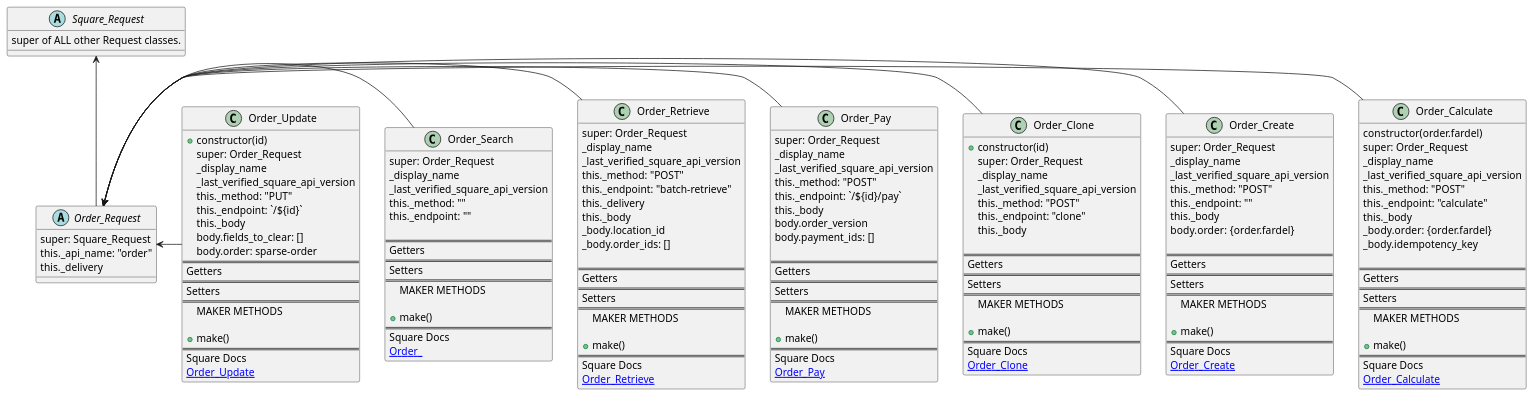
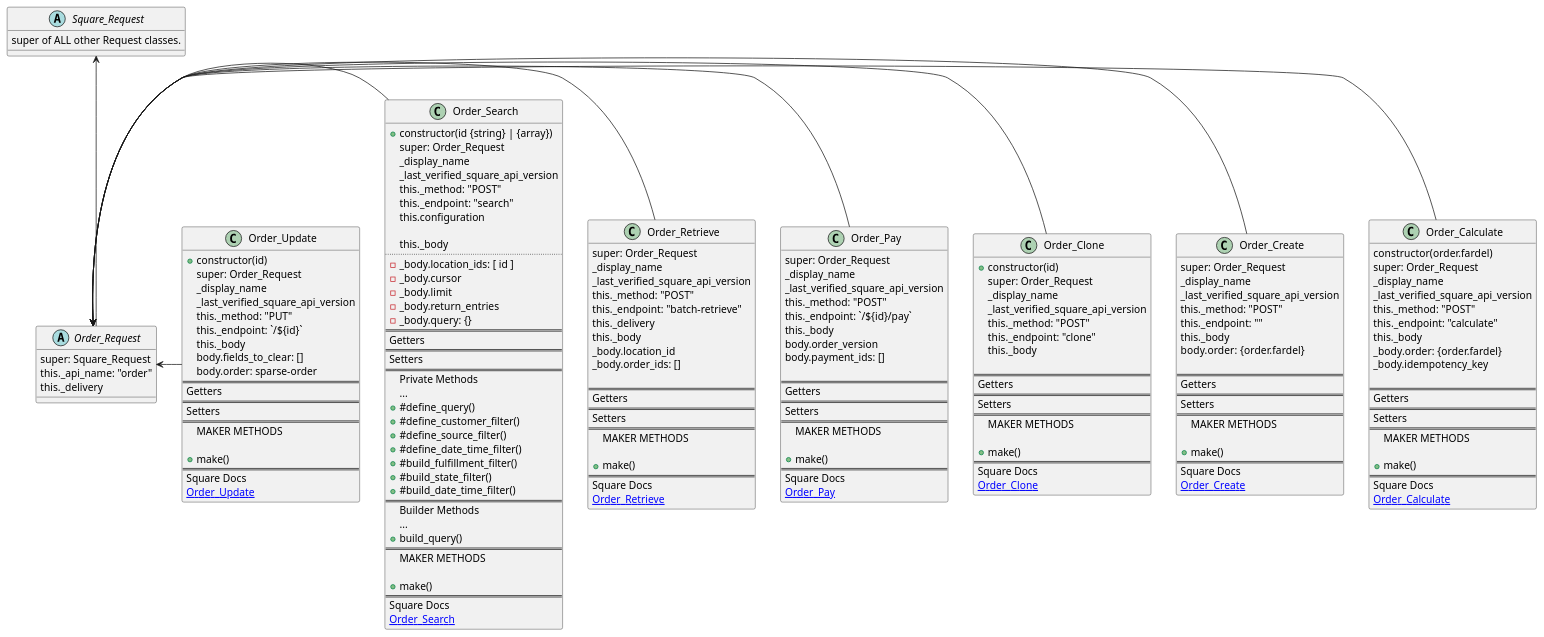
One commit to TwoFistedJustice/square-pie changed the diagram in docs/uml/stub.pie_order_requests.puml. Above: the diagram before and after it, drawn with PlantUML. The commit also changed 1 other file, not shown here.

Commit message:
docs: flesh out Order_Search diagram

```diff
--- a/docs/uml/stub.pie_order_requests.puml
+++ b/docs/uml/stub.pie_order_requests.puml
@@ -135,23 +135,46 @@
 [[https://developer.squareup.com/reference/square/orders-api/retrieve-order Order_Retrieve ]]
 }
 class Order_Search  {
++constructor(id {string} | {array})
 super: Order_Request
 _display_name
 _last_verified_square_api_version
-this._method: ""
-this._endpoint: ""
+this._method: "POST"
+this._endpoint: "search"
+this.configuration
 
+this._body
+..
+-_body.location_ids: [ id ]
+-_body.cursor
+-_body.limit
+-_body.return_entries
+-_body.query: {}
 ==
 Getters
 ==
 Setters
+==
+Private Methods
+...
++#define_query()
++#define_customer_filter()
++#define_source_filter()
++#define_date_time_filter()
++#build_fulfillment_filter()
++#build_state_filter()
++#build_date_time_filter()
+==
+Builder Methods
+...
++build_query()
 ==
 MAKER METHODS
 
 +make()
 ==
 Square Docs
-[[ Order_ ]]
+[[https://developer.squareup.com/reference/square/orders-api/search-orders Order_Search ]]
 }
 class Order_Update {
 +constructor(id)
```
